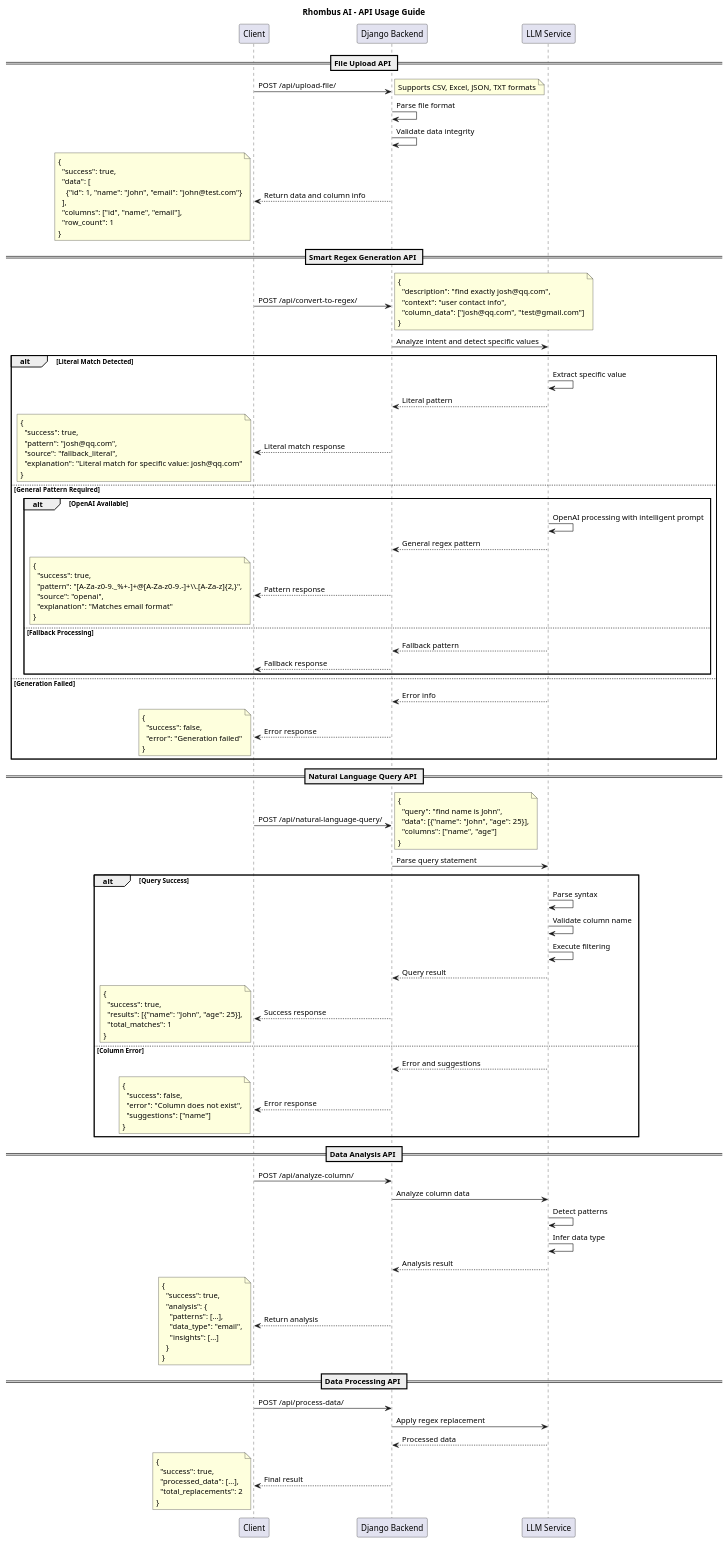
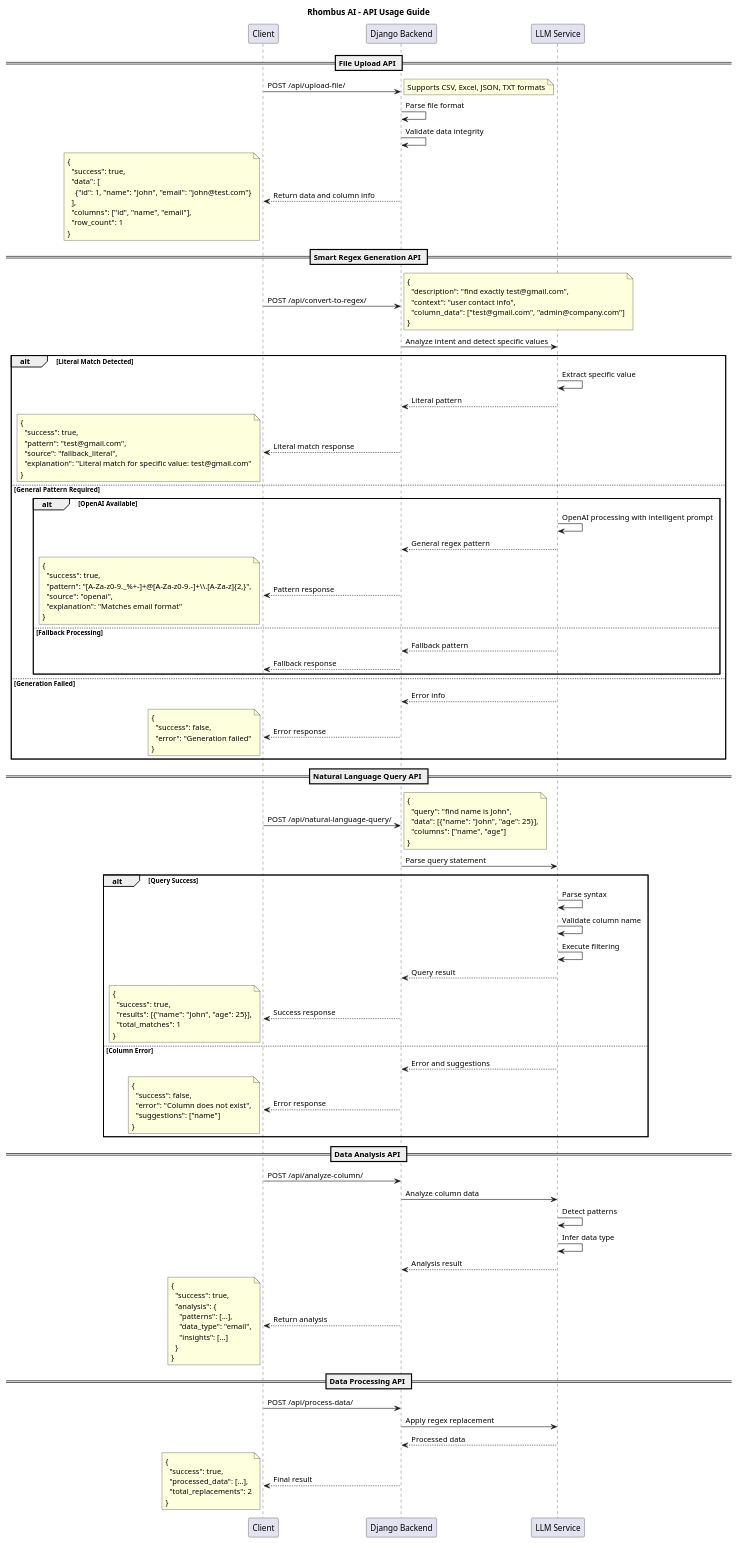
Before and after one commit to Fan111i/Rhombus_AI: the diagram in backend/api_usage_guide.puml, drawn with PlantUML. The commit also changed 2 other files, not shown here.

```diff
--- a/backend/api_usage_guide.puml
+++ b/backend/api_usage_guide.puml
@@ -1,144 +1,144 @@
 @startuml
 title Rhombus AI - API Usage Guide
 
 
 participant Client as Client
 participant "Django Backend" as Backend
 participant "LLM Service" as LLM
 
 == File Upload API ==
 Client -> Backend: POST /api/upload-file/
 note right: Supports CSV, Excel, JSON, TXT formats
 Backend -> Backend: Parse file format
 Backend -> Backend: Validate data integrity
 Backend --> Client: Return data and column info
 note left
 {
   "success": true,
   "data": [
     {"id": 1, "name": "John", "email": "john@test.com"}
   ],
   "columns": ["id", "name", "email"],
   "row_count": 1
 }
 end note
 
 == Smart Regex Generation API ==
 Client -> Backend: POST /api/convert-to-regex/
 note right
 {
-  "description": "find exactly josh@qq.com",
+  "description": "find exactly test@gmail.com",
   "context": "user contact info",
-  "column_data": ["josh@qq.com", "test@gmail.com"]
+  "column_data": ["test@gmail.com", "admin@company.com"]
 }
 end note
 
 Backend -> LLM: Analyze intent and detect specific values
 alt Literal Match Detected
     LLM -> LLM: Extract specific value
     LLM --> Backend: Literal pattern
     Backend --> Client: Literal match response
     note left
     {
       "success": true,
-      "pattern": "josh@qq.com",
+      "pattern": "test@gmail.com",
       "source": "fallback_literal",
-      "explanation": "Literal match for specific value: josh@qq.com"
+      "explanation": "Literal match for specific value: test@gmail.com"
     }
     end note
 else General Pattern Required
     alt OpenAI Available
         LLM -> LLM: OpenAI processing with intelligent prompt
         LLM --> Backend: General regex pattern
         Backend --> Client: Pattern response
         note left
         {
           "success": true,
           "pattern": "[A-Za-z0-9._%+-]+@[A-Za-z0-9.-]+\\.[A-Za-z]{2,}",
           "source": "openai",
           "explanation": "Matches email format"
         }
         end note
     else Fallback Processing
         LLM --> Backend: Fallback pattern
         Backend --> Client: Fallback response
     end
 else Generation Failed
     LLM --> Backend: Error info
     Backend --> Client: Error response
     note left
     {
       "success": false,
       "error": "Generation failed"
     }
     end note
 end
 
 == Natural Language Query API ==
 Client -> Backend: POST /api/natural-language-query/
 note right
 {
   "query": "find name is John",
   "data": [{"name": "John", "age": 25}],
   "columns": ["name", "age"]
 }
 end note
 
 Backend -> LLM: Parse query statement
 alt Query Success
     LLM -> LLM: Parse syntax
     LLM -> LLM: Validate column name
     LLM -> LLM: Execute filtering
     LLM --> Backend: Query result
     Backend --> Client: Success response
     note left
     {
       "success": true,
       "results": [{"name": "John", "age": 25}],
       "total_matches": 1
     }
     end note
 else Column Error
     LLM --> Backend: Error and suggestions
     Backend --> Client: Error response
     note left
     {
       "success": false,
       "error": "Column does not exist",
       "suggestions": ["name"]
     }
     end note
 end
 
 == Data Analysis API ==
 Client -> Backend: POST /api/analyze-column/
 Backend -> LLM: Analyze column data
 LLM -> LLM: Detect patterns
 LLM -> LLM: Infer data type
 LLM --> Backend: Analysis result
 Backend --> Client: Return analysis
 note left
 {
   "success": true,
   "analysis": {
     "patterns": [...],
     "data_type": "email",
     "insights": [...]
   }
 }
 end note
 
 == Data Processing API ==
 Client -> Backend: POST /api/process-data/
 Backend -> LLM: Apply regex replacement
 LLM --> Backend: Processed data
 Backend --> Client: Final result
 note left
 {
   "success": true,
   "processed_data": [...],
   "total_replacements": 2
 }
 end note
 
 @enduml
```
